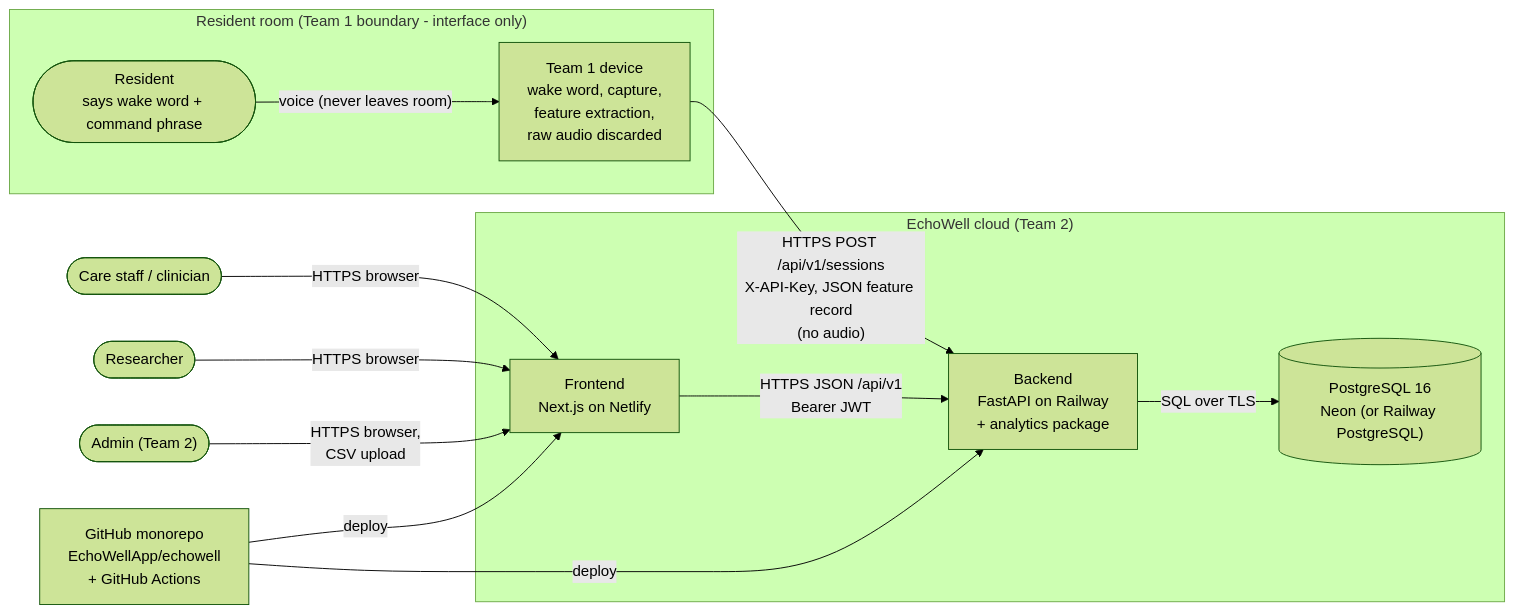
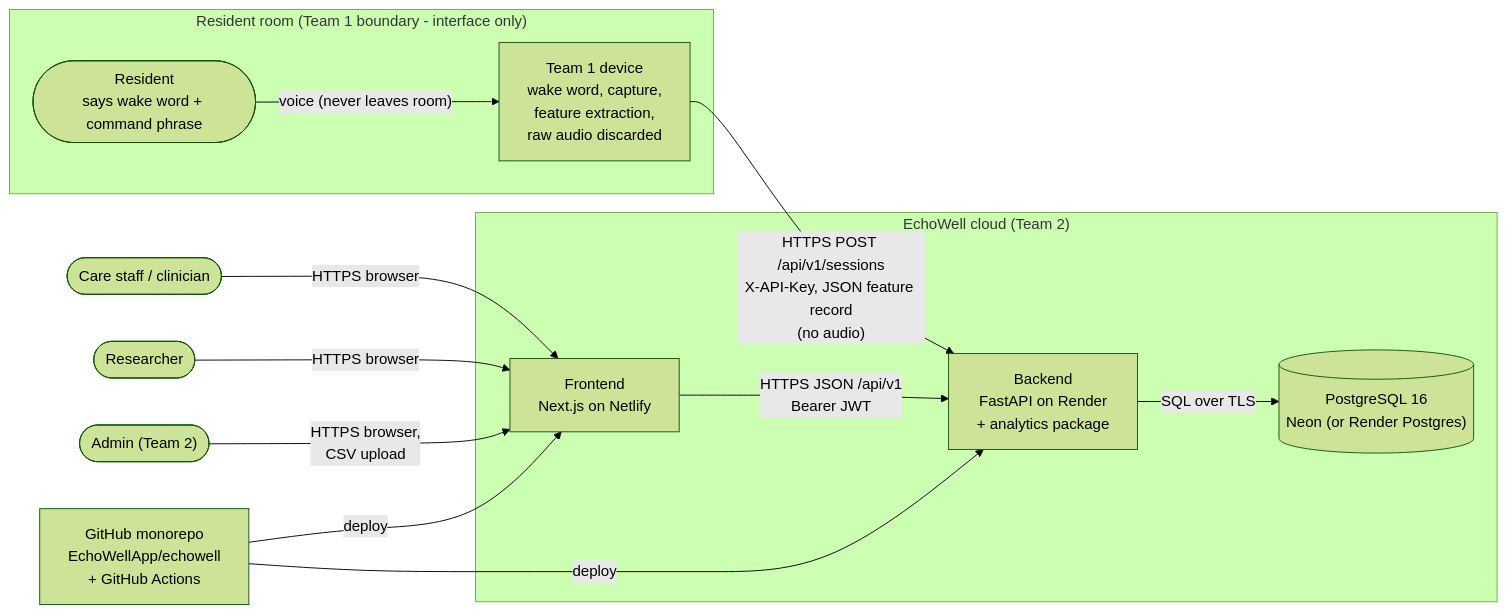
The first of 7 diagrams in specs/TRD/01_System_Architecture_TRD.md (EchoWellApp/echowell), drawn with Mermaid (forest theme) before and after one commit. The commit also changed other lines of this file and 60 other files, not shown here.

First line of the commit message:
docs(deploy): move the interim backend host from Railway to Render (D-153)

````diff
--- a/specs/TRD/01_System_Architecture_TRD.md
+++ b/specs/TRD/01_System_Architecture_TRD.md
@@ -36,23 +36,23 @@
 ```mermaid
 flowchart LR
     subgraph ROOM["Resident room (Team 1 boundary - interface only)"]
         RES(["Resident<br/>says wake word + command phrase"])
         DEV["Team 1 device<br/>wake word, capture,<br/>feature extraction,<br/>raw audio discarded"]
         RES -- "voice (never leaves room)" --> DEV
     end
 
     subgraph CLOUD["EchoWell cloud (Team 2)"]
         FE["Frontend<br/>Next.js on Netlify"]
-        BE["Backend<br/>FastAPI on Railway<br/>+ analytics package"]
-        DB[("PostgreSQL 16<br/>Neon (or Railway PostgreSQL)")]
+        BE["Backend<br/>FastAPI on Render<br/>+ analytics package"]
+        DB[("PostgreSQL 16<br/>Neon (or Render Postgres)")]
         FE -- "HTTPS JSON /api/v1<br/>Bearer JWT" --> BE
         BE -- "SQL over TLS" --> DB
     end
 
     DEV -- "HTTPS POST /api/v1/sessions<br/>X-API-Key, JSON feature record<br/>(no audio)" --> BE
     STAFF(["Care staff / clinician"]) -- "HTTPS browser" --> FE
     RESEARCH(["Researcher"]) -- "HTTPS browser" --> FE
     ADMIN(["Admin (Team 2)"]) -- "HTTPS browser,<br/>CSV upload" --> FE
     GH["GitHub monorepo<br/>EchoWellApp/echowell<br/>+ GitHub Actions"] -- "deploy" --> FE
     GH -- "deploy" --> BE
 ```
````
